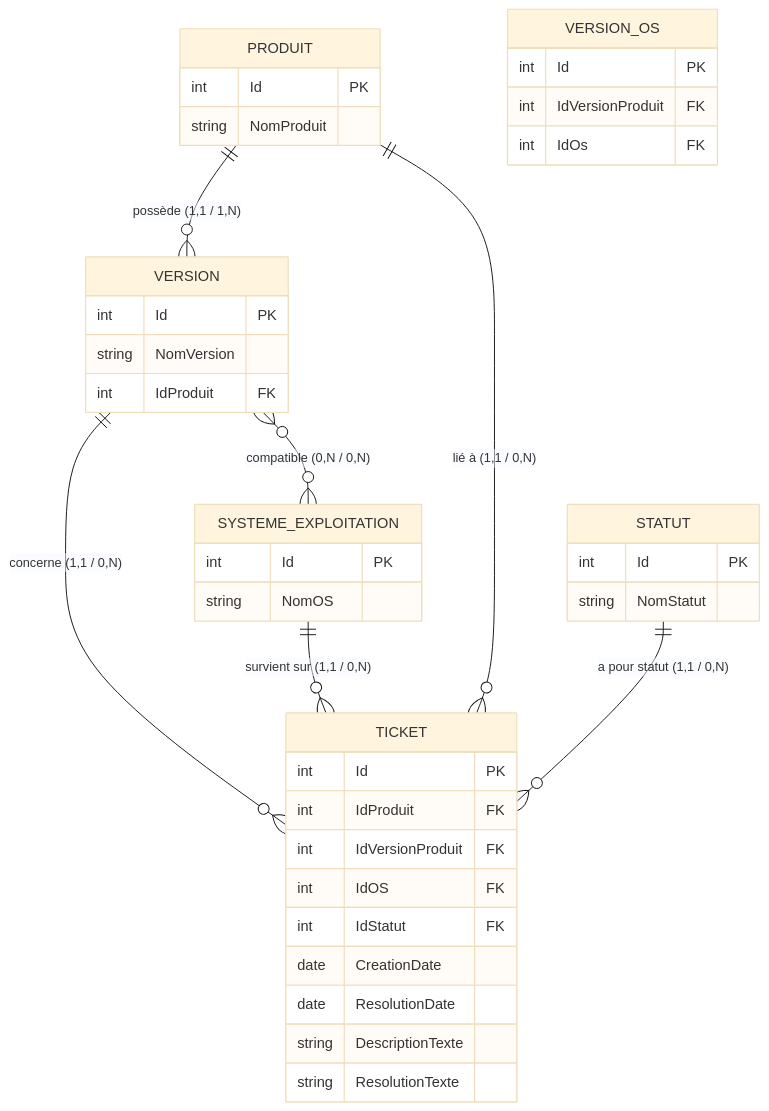
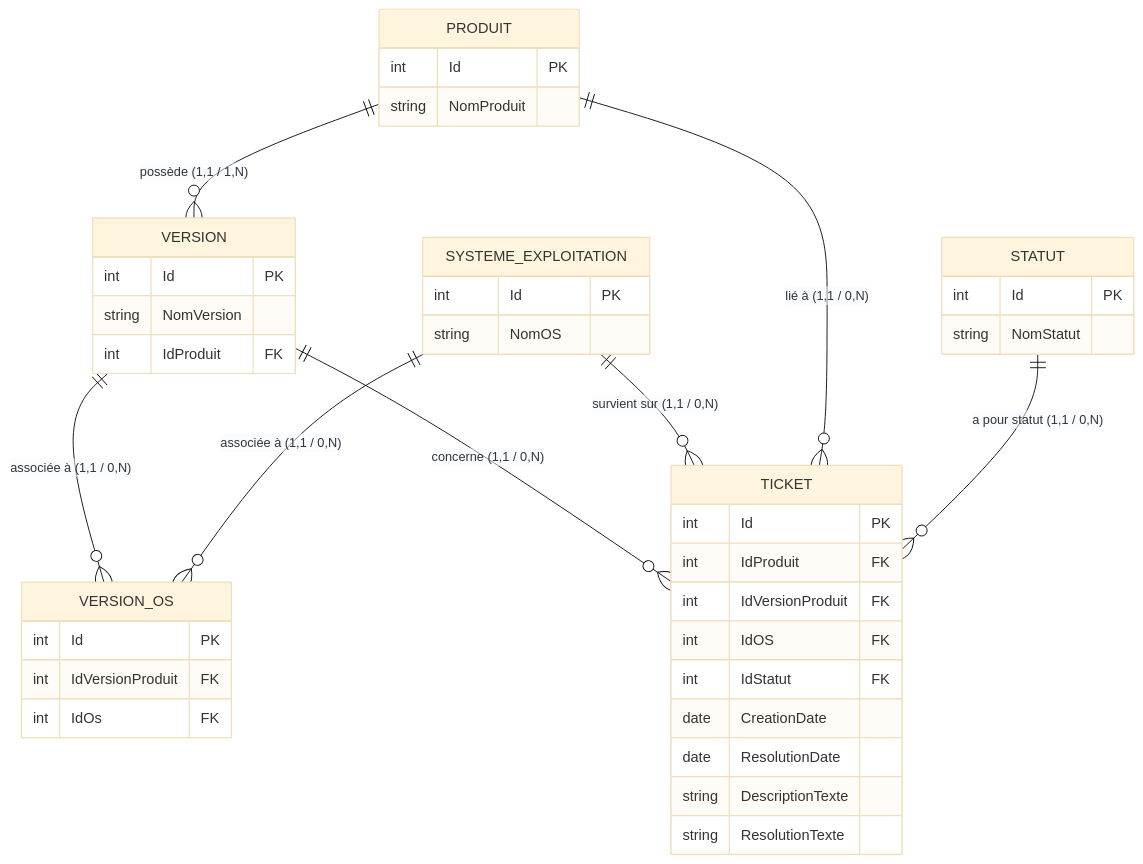
The diagram in README.md (Langlois-j/06-NexaWorks-BackEnd), drawn with Mermaid (base theme) before and after one commit.

Commit message:
Update ER diagram relationships in README.md

````diff
--- a/README.md
+++ b/README.md
@@ -22,48 +22,49 @@
 ```mermaid
 erDiagram
     PRODUIT ||--o{ VERSION : "possède (1,1 / 1,N)"
-    VERSION }o--o{ SYSTEME_EXPLOITATION : "compatible (0,N / 0,N)"
+    VERSION ||--o{ VERSION_OS : "associée à (1,1 / 0,N)"
+    SYSTEME_EXPLOITATION ||--o{ VERSION_OS : "associée à (1,1 / 0,N)"
     VERSION ||--o{ TICKET : "concerne (1,1 / 0,N)"
     SYSTEME_EXPLOITATION ||--o{ TICKET : "survient sur (1,1 / 0,N)"
     PRODUIT ||--o{ TICKET : "lié à (1,1 / 0,N)"
     STATUT ||--o{ TICKET : "a pour statut (1,1 / 0,N)"
 
     PRODUIT {
         int Id PK
         string NomProduit
     }
 
     VERSION {
         int Id PK
         string NomVersion
         int IdProduit FK
     }
 
     SYSTEME_EXPLOITATION {
         int Id PK
         string NomOS
     }
 
     STATUT {
         int Id PK
         string NomStatut
     }
 
     TICKET {
         int Id PK
         int IdProduit FK
         int IdVersionProduit FK
         int IdOS FK
         int IdStatut FK
         date CreationDate
         date ResolutionDate
         string DescriptionTexte
         string ResolutionTexte
     }
 
     VERSION_OS {
         int Id PK
         int IdVersionProduit FK
         int IdOs FK
     }
 ```
````
